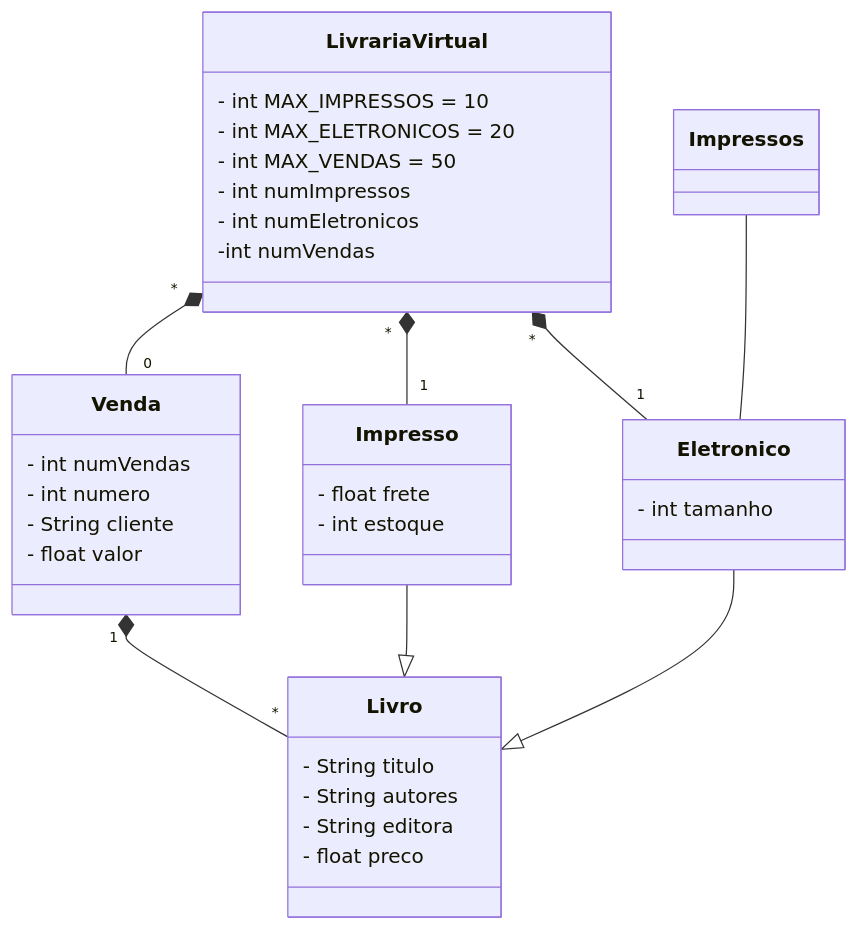
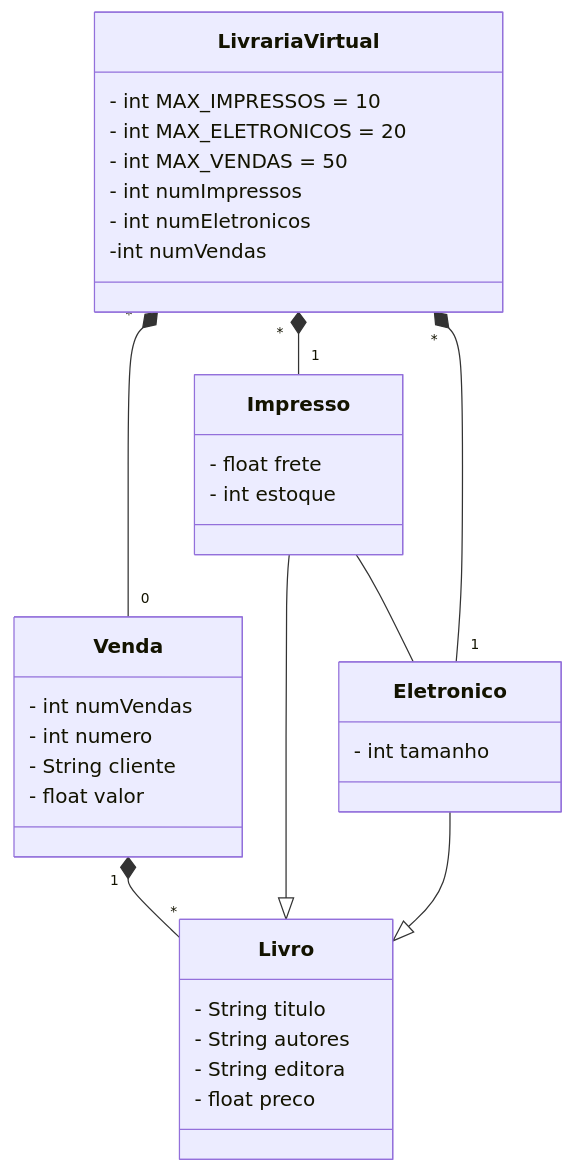
Before and after one commit to DevTrail-Squad-4/Desafiodalivraria: the diagram in README.md, drawn with Mermaid.

````diff
--- a/README.md
+++ b/README.md
@@ -3,42 +3,42 @@
 ```mermaid
 classDiagram
   class LivrariaVirtual {
     - int MAX_IMPRESSOS = 10
     - int MAX_ELETRONICOS = 20
     - int MAX_VENDAS = 50
     - int numImpressos
     - int numEletronicos
 	-int numVendas
   }
 
   class Venda {
     - int numVendas
     - int numero
     - String cliente
     - float valor
   }
 
   class Impresso {
     - float frete
     - int estoque
   }
 
   class Eletronico {
     - int tamanho
   }
 
   class Livro {
     - String titulo
     - String autores
     - String editora
     - float preco
   }
 
   LivrariaVirtual "*" *-- "0" Venda
   LivrariaVirtual "*" *-- "1" Impresso
   LivrariaVirtual "*" *-- "1" Eletronico
   Venda "1" *-- "*" Livro
 Impresso --|> Livro
     Eletronico --|> Livro
-Impressos -- Eletronico
+Impresso -- Eletronico
 ```
````
